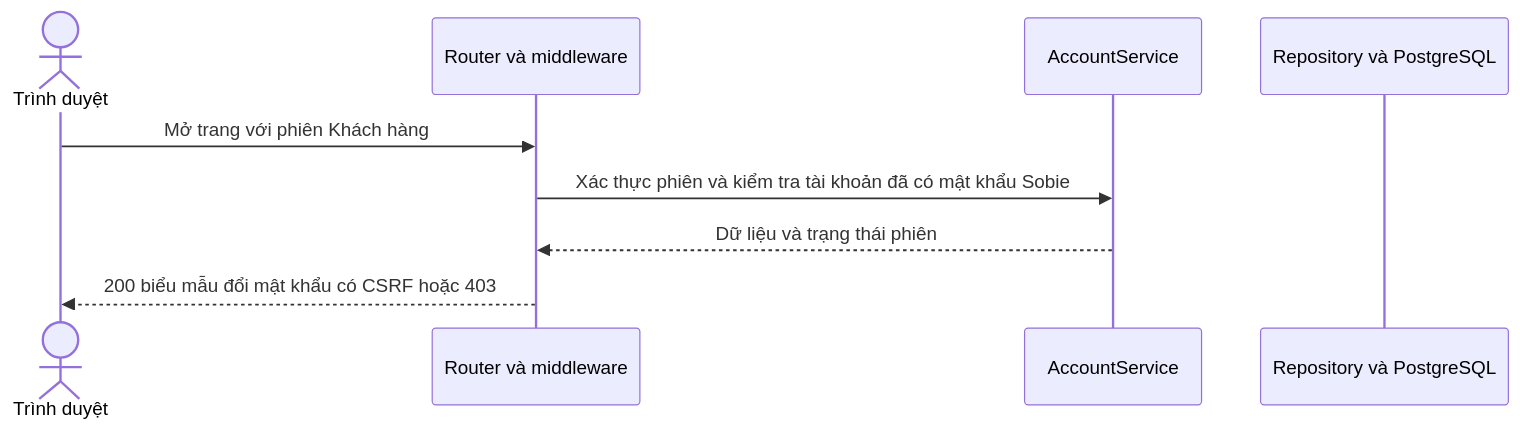
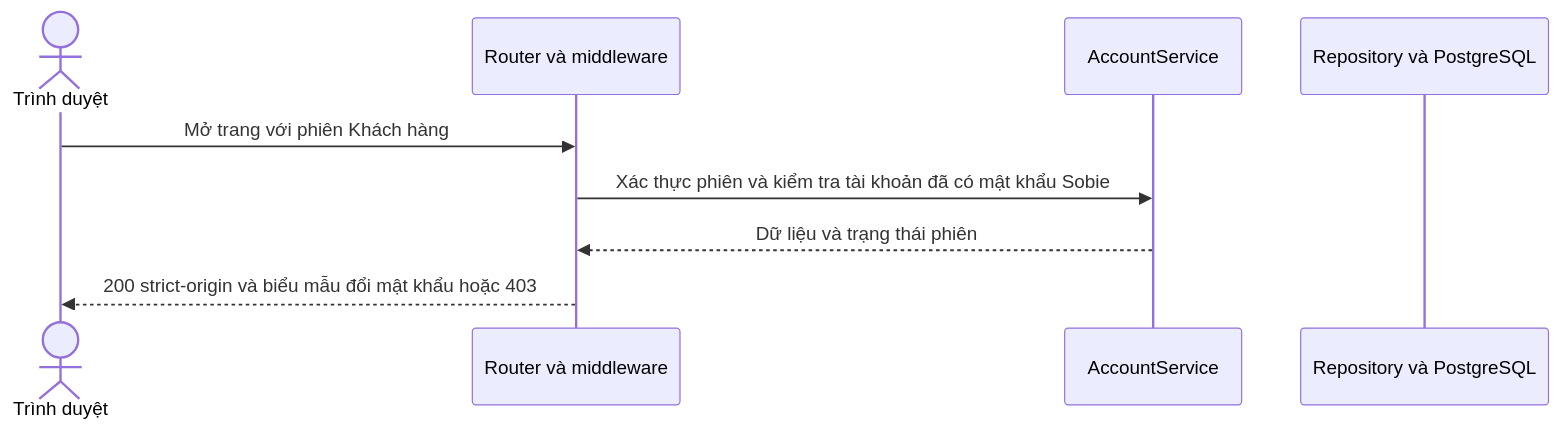
One commit to thanhklt/sobie-swimwear-e-commerce changed the diagram in docs/sequence/identity/get-account-password.md. Above: the diagram before and after it, drawn with Mermaid. The commit also changed 27 other files, not shown here.

First line of the commit message:
refactor(identity): drop CSRF token, enforce Origin on all write requests

````diff
--- a/docs/sequence/identity/get-account-password.md
+++ b/docs/sequence/identity/get-account-password.md
@@ -5,11 +5,11 @@
 ```mermaid
 sequenceDiagram
     actor Browser as Trình duyệt
     participant Route as Router và middleware
     participant Service as AccountService
     participant Data as Repository và PostgreSQL
     Browser->>Route: Mở trang với phiên Khách hàng
     Route->>Service: Xác thực phiên và kiểm tra tài khoản đã có mật khẩu Sobie
     Service-->>Route: Dữ liệu và trạng thái phiên
-    Route-->>Browser: 200 biểu mẫu đổi mật khẩu có CSRF hoặc 403
+    Route-->>Browser: 200 strict-origin và biểu mẫu đổi mật khẩu hoặc 403
 ```
````
